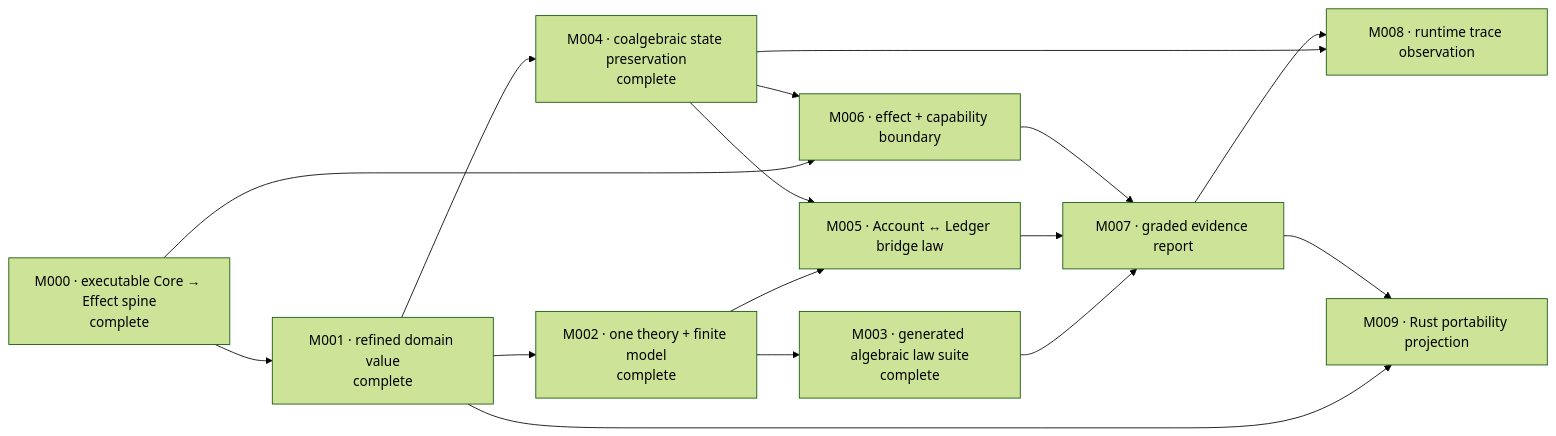
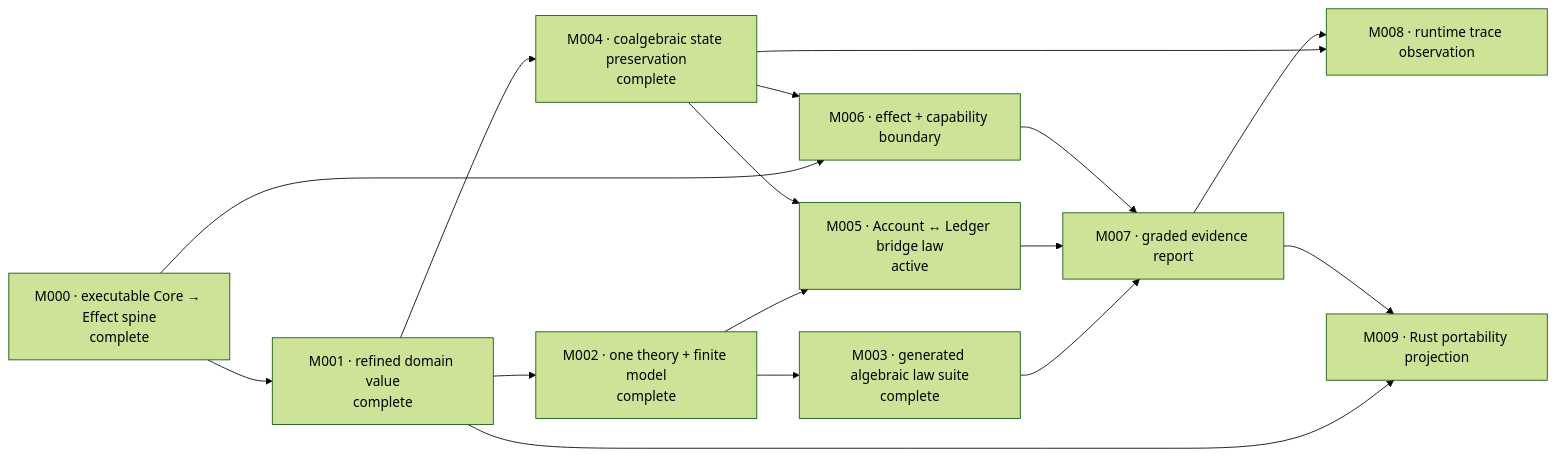
One commit to phibkro/bang-project changed the first of 2 diagrams in CAPABILITIES.md. Above: the diagram before and after it, drawn with Mermaid (forest theme). The commit also changed other lines of this file and 24 other files, not shown here.

````diff
--- a/CAPABILITIES.md
+++ b/CAPABILITIES.md
@@ -5,27 +5,27 @@
 ```mermaid
 flowchart LR
     M000["M000 · executable Core → Effect spine<br/>complete"]
     M001["M001 · refined domain value<br/>complete"]
     M002["M002 · one theory + finite model<br/>complete"]
     M003["M003 · generated algebraic law suite<br/>complete"]
     M004["M004 · coalgebraic state preservation<br/>complete"]
-    M005["M005 · Account ↔ Ledger bridge law"]
+    M005["M005 · Account ↔ Ledger bridge law<br/>active"]
     M006["M006 · effect + capability boundary"]
     M007["M007 · graded evidence report"]
     M008["M008 · runtime trace observation"]
     M009["M009 · Rust portability projection"]
 
     M000 --> M001 --> M002 --> M003
     M001 --> M004
     M002 --> M005
     M004 --> M005
     M000 --> M006
     M004 --> M006
     M003 --> M007
     M005 --> M007
     M006 --> M007
     M004 --> M008
     M007 --> M008
     M001 --> M009
     M007 --> M009
 ```
````
